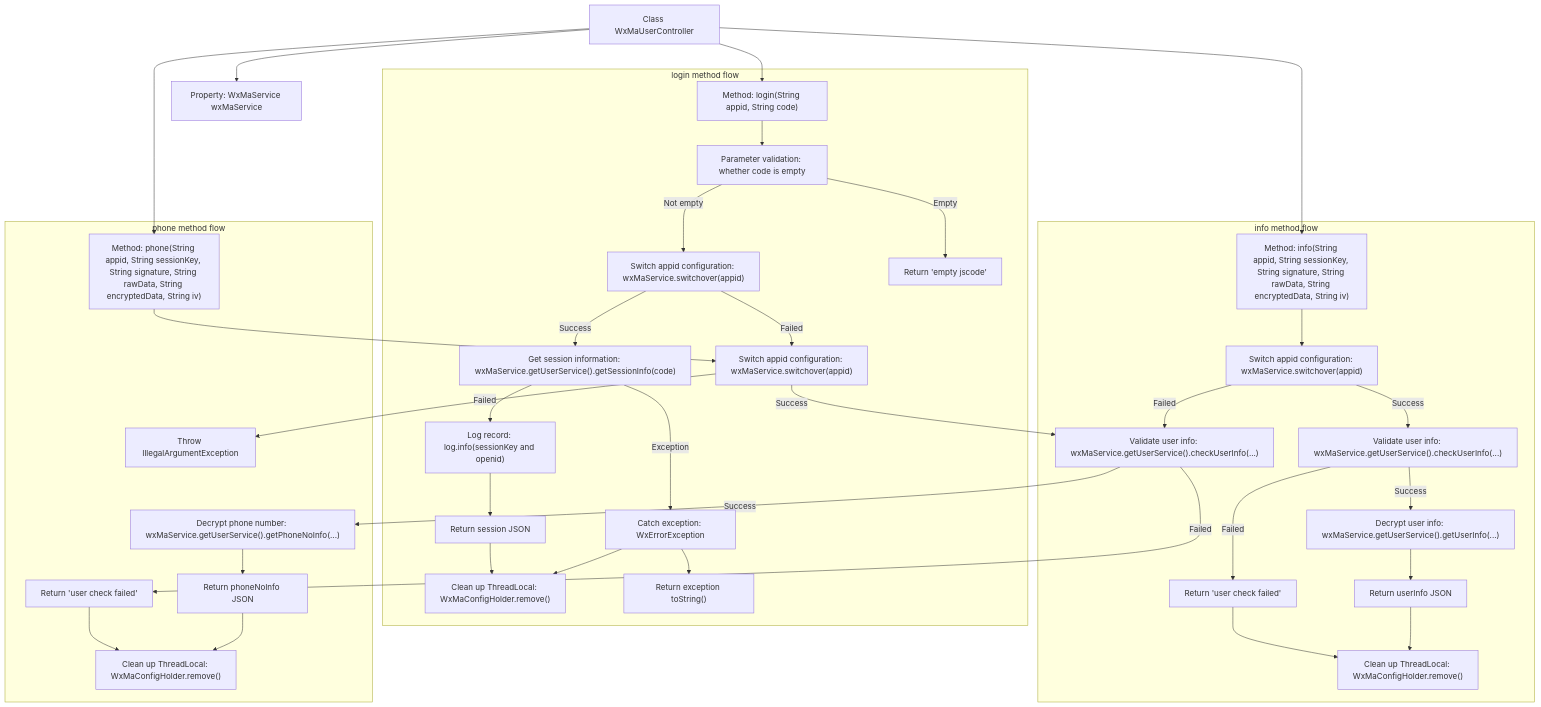
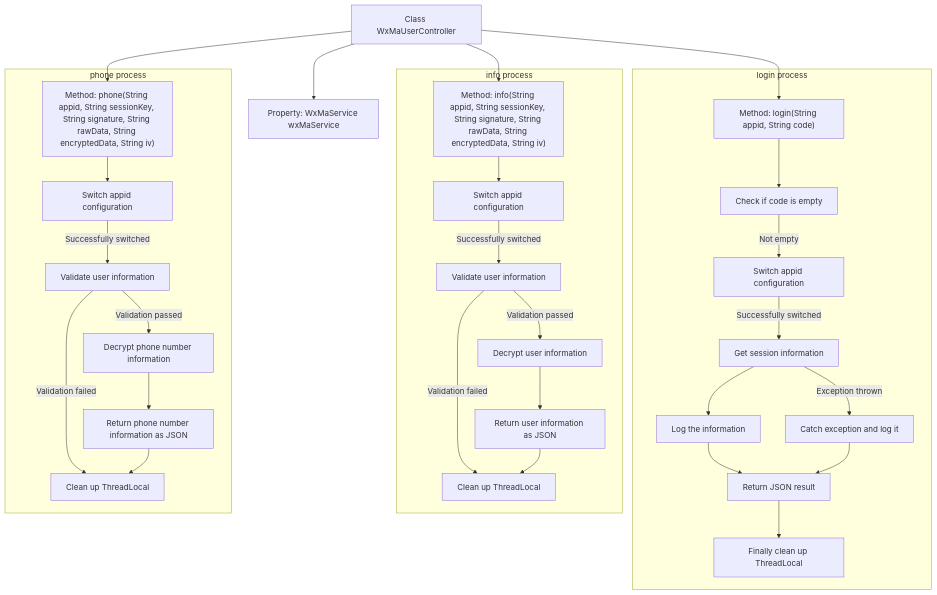
The second of 2 diagrams in docs/en/docs/src/main/java/com/github/binarywang/demo/wx/miniapp/controller/WxMaUserController.md (v-wjrong/binary_weixin-java-miniapp-demo), drawn with Mermaid before and after one commit. The commit also changed other lines of this file and 47 other files, not shown here.

````diff
--- a/docs/en/docs/src/main/java/com/github/binarywang/demo/wx/miniapp/controller/WxMaUserController.md
+++ b/docs/en/docs/src/main/java/com/github/binarywang/demo/wx/miniapp/controller/WxMaUserController.md
@@ -108,67 +98,62 @@
 ```mermaid
 graph TD
     A["Class WxMaUserController"]
     B["Property: WxMaService wxMaService"]
     C["Method: login(String appid, String code)"]
     D["Method: info(String appid, String sessionKey, String signature, String rawData, String encryptedData, String iv)"]
     E["Method: phone(String appid, String sessionKey, String signature, String rawData, String encryptedData, String iv)"]
 
     A --> B
     A --> C
     A --> D
     A --> E
 
-    subgraph login method flow
-        C1["Parameter validation: whether code is empty"]
-        C2["Switch appid configuration: wxMaService.switchover(appid)"]
-        C3["Get session information: wxMaService.getUserService().getSessionInfo(code)"]
-        C4["Log record: log.info(sessionKey and openid)"]
-        C5["Return session JSON"]
-        C6["Catch exception: WxErrorException"]
-        C7["Clean up ThreadLocal: WxMaConfigHolder.remove()"]
-        
+    subgraph login process
+        C1["Check if code is empty"]
+        C2["Switch appid configuration"]
+        C3["Get session information"]
+        C4["Log the information"]
+        C5["Return JSON result"]
+        C6["Catch exception and log it"]
+        C7["Finally clean up ThreadLocal"]
+
         C --> C1
-        C1 -- "Empty" --> R1["Return 'empty jscode'"]
-        C1 -- "Not empty" --> C2
-        C2 -- "Failed" --> E1["Throw IllegalArgumentException"]
-        C2 -- "Success" --> C3
+        C1 --"Not empty"--> C2
+        C2 --"Successfully switched"--> C3
         C3 --> C4
         C4 --> C5
-        C3 -- Exception --> C6
-        C6 --> R2["Return exception toString()"]
+        C3 --"Exception thrown"--> C6
+        C6 --> C5
         C5 --> C7
-        C6 --> C7
     end
 
-    subgraph info method flow
-        D1["Switch appid configuration: wxMaService.switchover(appid)"]
-        D2["Validate user info: wxMaService.getUserService().checkUserInfo(...)"]
-        D3["Decrypt user info: wxMaService.getUserService().getUserInfo(...)"]
-        D4["Return userInfo JSON"]
-        D5["Clean up ThreadLocal: WxMaConfigHolder.remove()"]
+    subgraph info process
+        D1["Switch appid configuration"]
+        D2["Validate user information"]
+        D3["Decrypt user information"]
+        D4["Return user information as JSON"]
+        D5["Clean up ThreadLocal"]
 
         D --> D1
-        D1 -- "Failed" --> E2["Throw IllegalArgumentException"]
-        D1 -- "Success" --> D2
-        D2 -- "Failed" --> R3["Return 'user check failed'"] --> D5
-        D2 -- "Success" --> D3
+        D1 --"Successfully switched"--> D2
+        D2 --"Validation failed"--> D5
+        D2 --"Validation passed"--> D3
         D3 --> D4
         D4 --> D5
     end
 
-    subgraph phone method flow
-        E1["Switch appid configuration: wxMaService.switchover(appid)"]
-        E2["Validate user info: wxMaService.getUserService().checkUserInfo(...)"]
-        E3["Decrypt phone number: wxMaService.getUserService().getPhoneNoInfo(...)"]
-        E4["Return phoneNoInfo JSON"]
-        E5["Clean up ThreadLocal: WxMaConfigHolder.remove()"]
+    subgraph phone process
+        E1["Switch appid configuration"]
+        E2["Validate user information"]
+        E3["Decrypt phone number information"]
+        E4["Return phone number information as JSON"]
+        E5["Clean up ThreadLocal"]
 
         E --> E1
-        E1 -- "Failed" --> E3_1["Throw IllegalArgumentException"]
-        E1 -- "Success" --> E2
-        E2 -- "Failed" --> R4["Return 'user check failed'"] --> E5
-        E2 -- "Success" --> E3
+        E1 --"Successfully switched"--> E2
+        E2 --"Validation failed"--> E5
+        E2 --"Validation passed"--> E3
         E3 --> E4
         E4 --> E5
     end
 ```
````
